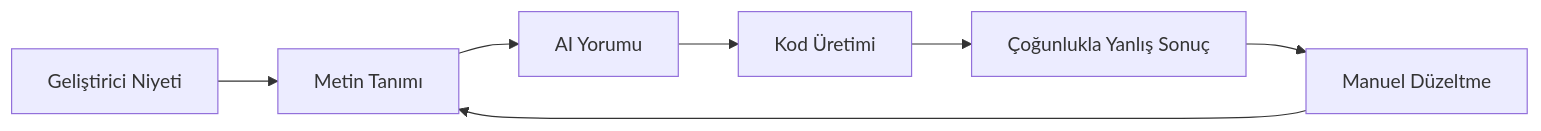
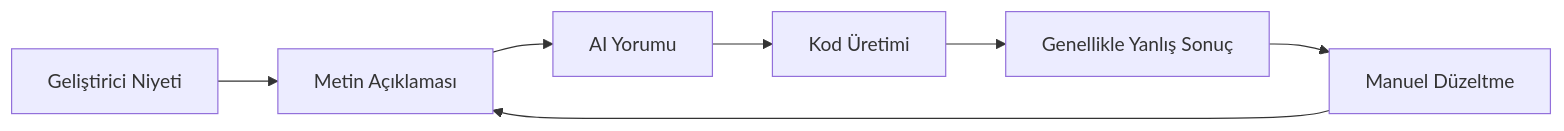
One commit to HatcherDX/hatch changed the diagram in tr/visual-to-code.md. Above: the diagram before and after it, drawn with Mermaid. The commit also changed other lines of this file and 66 other files, not shown here.

````diff
--- a/tr/visual-to-code.md
+++ b/tr/visual-to-code.md
@@ -14,9 +14,9 @@
 ```mermaid
 graph LR
-    A[Geliştirici Niyeti] --> B[Metin Tanımı]
+    A[Geliştirici Niyeti] --> B[Metin Açıklaması]
     B --> C[AI Yorumu]
     C --> D[Kod Üretimi]
-    D --> E[Çoğunlukla Yanlış Sonuç]
+    D --> E[Genellikle Yanlış Sonuç]
     E --> F[Manuel Düzeltme]
     F --> B
 ```
````
